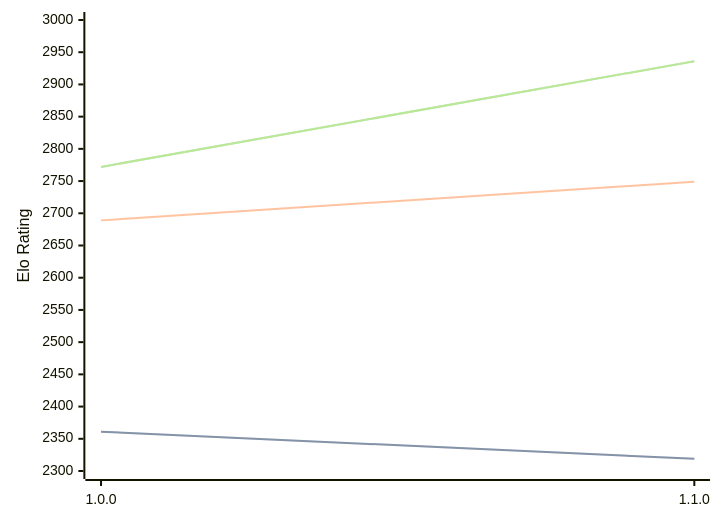
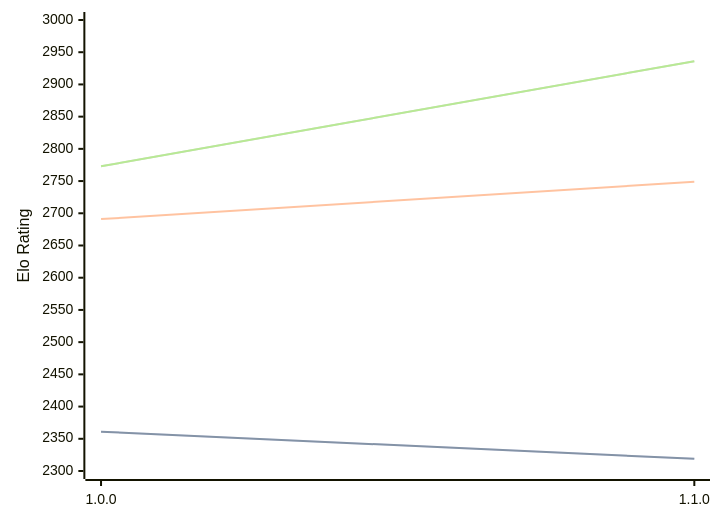
One commit to computer-chess-index/cci changed the diagram in engines/ShallowGuess.md. Above: the diagram before and after it, drawn with Mermaid. The commit also changed other lines of this file, not shown here.

Commit message:
Update CCI Ratings (ELO VLTC) - 2026-04-07

````diff
--- a/engines/ShallowGuess.md
+++ b/engines/ShallowGuess.md
@@ -36,11 +36,11 @@
 ```mermaid
 %%{init: {"theme":"base","themeVariables":{"seriesColors:['#a3a3a3','#222221','#faa371']}}}%%
 xychart-beta
   x-axis ["1.0.0", "1.1.0"]
   y-axis "Elo Rating" 2300 --> 3000
   line "STC (8.0+0.08s)" [2361, 2319]
   line "STC (8.0+0.08s)" [2361, 2319]
-  line "LTC (60.0+0.60s)" [2689, 2749]
-  line "VLTC (2m24s+1.12s)" [2772, 2936]
-  line "VLTC (2m24s+1.12s)" [2772, 2936]
+  line "LTC (60.0+0.60s)" [2691, 2749]
+  line "VLTC (2m24s+1.12s)" [2773, 2936]
+  line "VLTC (2m24s+1.12s)" [2773, 2936]
 ```
````
